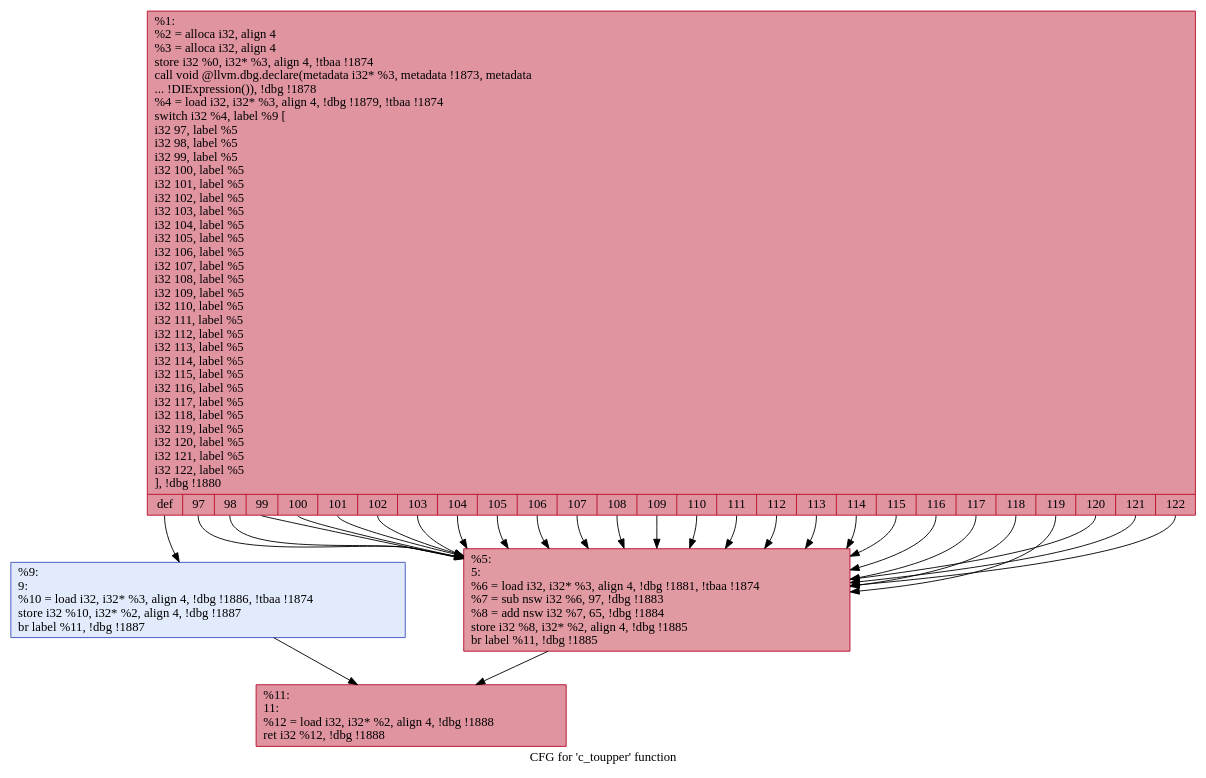
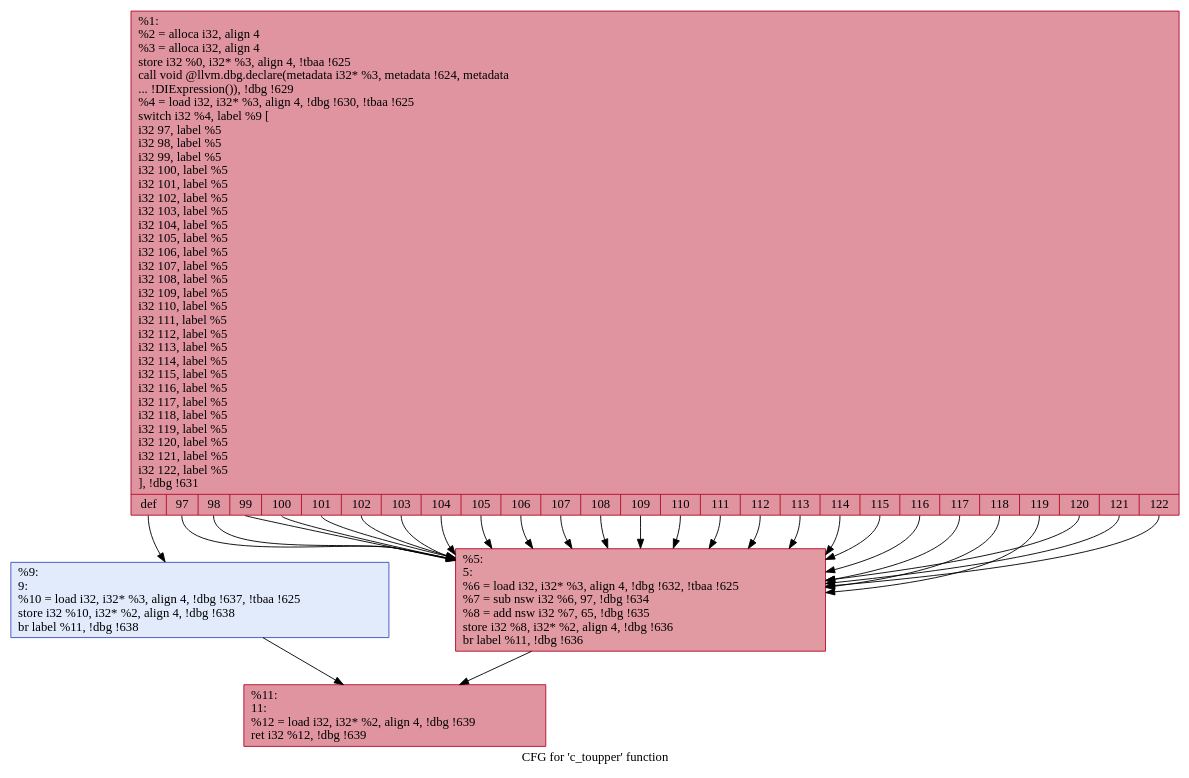
One commit to hmc-alpaqa/metrinome changed the diagram in src/experiments/coreutils/.c_toupper.dot. Above: the diagram before and after it, drawn with Graphviz. The commit also changed 490 other files, not shown here.

Commit message:
success graph simplifying on true.bc

```diff
--- a/src/experiments/coreutils/.c_toupper.dot
+++ b/src/experiments/coreutils/.c_toupper.dot
@@ -1,37 +1,37 @@
 digraph "CFG for 'c_toupper' function" {
 	label="CFG for 'c_toupper' function";
 
-	Node0xa09090 [shape=record,color="#b70d28ff", style=filled, fillcolor="#b70d2870",label="{%1:\l  %2 = alloca i32, align 4\l  %3 = alloca i32, align 4\l  store i32 %0, i32* %3, align 4, !tbaa !1874\l  call void @llvm.dbg.declare(metadata i32* %3, metadata !1873, metadata\l... !DIExpression()), !dbg !1878\l  %4 = load i32, i32* %3, align 4, !dbg !1879, !tbaa !1874\l  switch i32 %4, label %9 [\l    i32 97, label %5\l    i32 98, label %5\l    i32 99, label %5\l    i32 100, label %5\l    i32 101, label %5\l    i32 102, label %5\l    i32 103, label %5\l    i32 104, label %5\l    i32 105, label %5\l    i32 106, label %5\l    i32 107, label %5\l    i32 108, label %5\l    i32 109, label %5\l    i32 110, label %5\l    i32 111, label %5\l    i32 112, label %5\l    i32 113, label %5\l    i32 114, label %5\l    i32 115, label %5\l    i32 116, label %5\l    i32 117, label %5\l    i32 118, label %5\l    i32 119, label %5\l    i32 120, label %5\l    i32 121, label %5\l    i32 122, label %5\l  ], !dbg !1880\l|{<s0>def|<s1>97|<s2>98|<s3>99|<s4>100|<s5>101|<s6>102|<s7>103|<s8>104|<s9>105|<s10>106|<s11>107|<s12>108|<s13>109|<s14>110|<s15>111|<s16>112|<s17>113|<s18>114|<s19>115|<s20>116|<s21>117|<s22>118|<s23>119|<s24>120|<s25>121|<s26>122}}"];
-	Node0xa09090:s0 -> Node0xa09130;
-	Node0xa09090:s1 -> Node0xa090e0;
-	Node0xa09090:s2 -> Node0xa090e0;
-	Node0xa09090:s3 -> Node0xa090e0;
-	Node0xa09090:s4 -> Node0xa090e0;
-	Node0xa09090:s5 -> Node0xa090e0;
-	Node0xa09090:s6 -> Node0xa090e0;
-	Node0xa09090:s7 -> Node0xa090e0;
-	Node0xa09090:s8 -> Node0xa090e0;
-	Node0xa09090:s9 -> Node0xa090e0;
-	Node0xa09090:s10 -> Node0xa090e0;
-	Node0xa09090:s11 -> Node0xa090e0;
-	Node0xa09090:s12 -> Node0xa090e0;
-	Node0xa09090:s13 -> Node0xa090e0;
-	Node0xa09090:s14 -> Node0xa090e0;
-	Node0xa09090:s15 -> Node0xa090e0;
-	Node0xa09090:s16 -> Node0xa090e0;
-	Node0xa09090:s17 -> Node0xa090e0;
-	Node0xa09090:s18 -> Node0xa090e0;
-	Node0xa09090:s19 -> Node0xa090e0;
-	Node0xa09090:s20 -> Node0xa090e0;
-	Node0xa09090:s21 -> Node0xa090e0;
-	Node0xa09090:s22 -> Node0xa090e0;
-	Node0xa09090:s23 -> Node0xa090e0;
-	Node0xa09090:s24 -> Node0xa090e0;
-	Node0xa09090:s25 -> Node0xa090e0;
-	Node0xa09090:s26 -> Node0xa090e0;
-	Node0xa090e0 [shape=record,color="#b70d28ff", style=filled, fillcolor="#bb1b2c70",label="{%5:\l5:                                                \l  %6 = load i32, i32* %3, align 4, !dbg !1881, !tbaa !1874\l  %7 = sub nsw i32 %6, 97, !dbg !1883\l  %8 = add nsw i32 %7, 65, !dbg !1884\l  store i32 %8, i32* %2, align 4, !dbg !1885\l  br label %11, !dbg !1885\l}"];
-	Node0xa090e0 -> Node0xa09180;
-	Node0xa09130 [shape=record,color="#3d50c3ff", style=filled, fillcolor="#bbd1f870",label="{%9:\l9:                                                \l  %10 = load i32, i32* %3, align 4, !dbg !1886, !tbaa !1874\l  store i32 %10, i32* %2, align 4, !dbg !1887\l  br label %11, !dbg !1887\l}"];
-	Node0xa09130 -> Node0xa09180;
-	Node0xa09180 [shape=record,color="#b70d28ff", style=filled, fillcolor="#b70d2870",label="{%11:\l11:                                               \l  %12 = load i32, i32* %2, align 4, !dbg !1888\l  ret i32 %12, !dbg !1888\l}"];
+	Node0x1cc8d60 [shape=record,color="#b70d28ff", style=filled, fillcolor="#b70d2870",label="{%1:\l  %2 = alloca i32, align 4\l  %3 = alloca i32, align 4\l  store i32 %0, i32* %3, align 4, !tbaa !625\l  call void @llvm.dbg.declare(metadata i32* %3, metadata !624, metadata\l... !DIExpression()), !dbg !629\l  %4 = load i32, i32* %3, align 4, !dbg !630, !tbaa !625\l  switch i32 %4, label %9 [\l    i32 97, label %5\l    i32 98, label %5\l    i32 99, label %5\l    i32 100, label %5\l    i32 101, label %5\l    i32 102, label %5\l    i32 103, label %5\l    i32 104, label %5\l    i32 105, label %5\l    i32 106, label %5\l    i32 107, label %5\l    i32 108, label %5\l    i32 109, label %5\l    i32 110, label %5\l    i32 111, label %5\l    i32 112, label %5\l    i32 113, label %5\l    i32 114, label %5\l    i32 115, label %5\l    i32 116, label %5\l    i32 117, label %5\l    i32 118, label %5\l    i32 119, label %5\l    i32 120, label %5\l    i32 121, label %5\l    i32 122, label %5\l  ], !dbg !631\l|{<s0>def|<s1>97|<s2>98|<s3>99|<s4>100|<s5>101|<s6>102|<s7>103|<s8>104|<s9>105|<s10>106|<s11>107|<s12>108|<s13>109|<s14>110|<s15>111|<s16>112|<s17>113|<s18>114|<s19>115|<s20>116|<s21>117|<s22>118|<s23>119|<s24>120|<s25>121|<s26>122}}"];
+	Node0x1cc8d60:s0 -> Node0x1cc8e00;
+	Node0x1cc8d60:s1 -> Node0x1cc8db0;
+	Node0x1cc8d60:s2 -> Node0x1cc8db0;
+	Node0x1cc8d60:s3 -> Node0x1cc8db0;
+	Node0x1cc8d60:s4 -> Node0x1cc8db0;
+	Node0x1cc8d60:s5 -> Node0x1cc8db0;
+	Node0x1cc8d60:s6 -> Node0x1cc8db0;
+	Node0x1cc8d60:s7 -> Node0x1cc8db0;
+	Node0x1cc8d60:s8 -> Node0x1cc8db0;
+	Node0x1cc8d60:s9 -> Node0x1cc8db0;
+	Node0x1cc8d60:s10 -> Node0x1cc8db0;
+	Node0x1cc8d60:s11 -> Node0x1cc8db0;
+	Node0x1cc8d60:s12 -> Node0x1cc8db0;
+	Node0x1cc8d60:s13 -> Node0x1cc8db0;
+	Node0x1cc8d60:s14 -> Node0x1cc8db0;
+	Node0x1cc8d60:s15 -> Node0x1cc8db0;
+	Node0x1cc8d60:s16 -> Node0x1cc8db0;
+	Node0x1cc8d60:s17 -> Node0x1cc8db0;
+	Node0x1cc8d60:s18 -> Node0x1cc8db0;
+	Node0x1cc8d60:s19 -> Node0x1cc8db0;
+	Node0x1cc8d60:s20 -> Node0x1cc8db0;
+	Node0x1cc8d60:s21 -> Node0x1cc8db0;
+	Node0x1cc8d60:s22 -> Node0x1cc8db0;
+	Node0x1cc8d60:s23 -> Node0x1cc8db0;
+	Node0x1cc8d60:s24 -> Node0x1cc8db0;
+	Node0x1cc8d60:s25 -> Node0x1cc8db0;
+	Node0x1cc8d60:s26 -> Node0x1cc8db0;
+	Node0x1cc8db0 [shape=record,color="#b70d28ff", style=filled, fillcolor="#bb1b2c70",label="{%5:\l5:                                                \l  %6 = load i32, i32* %3, align 4, !dbg !632, !tbaa !625\l  %7 = sub nsw i32 %6, 97, !dbg !634\l  %8 = add nsw i32 %7, 65, !dbg !635\l  store i32 %8, i32* %2, align 4, !dbg !636\l  br label %11, !dbg !636\l}"];
+	Node0x1cc8db0 -> Node0x1cc8e50;
+	Node0x1cc8e00 [shape=record,color="#3d50c3ff", style=filled, fillcolor="#bbd1f870",label="{%9:\l9:                                                \l  %10 = load i32, i32* %3, align 4, !dbg !637, !tbaa !625\l  store i32 %10, i32* %2, align 4, !dbg !638\l  br label %11, !dbg !638\l}"];
+	Node0x1cc8e00 -> Node0x1cc8e50;
+	Node0x1cc8e50 [shape=record,color="#b70d28ff", style=filled, fillcolor="#b70d2870",label="{%11:\l11:                                               \l  %12 = load i32, i32* %2, align 4, !dbg !639\l  ret i32 %12, !dbg !639\l}"];
 }
```
